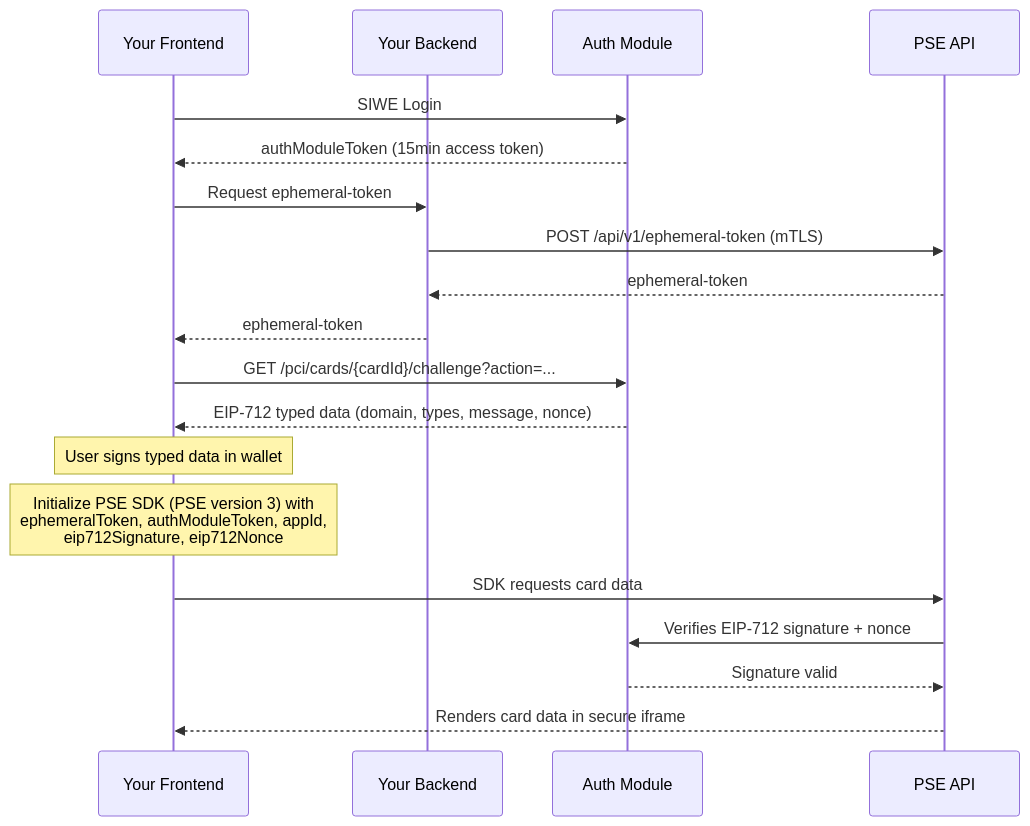
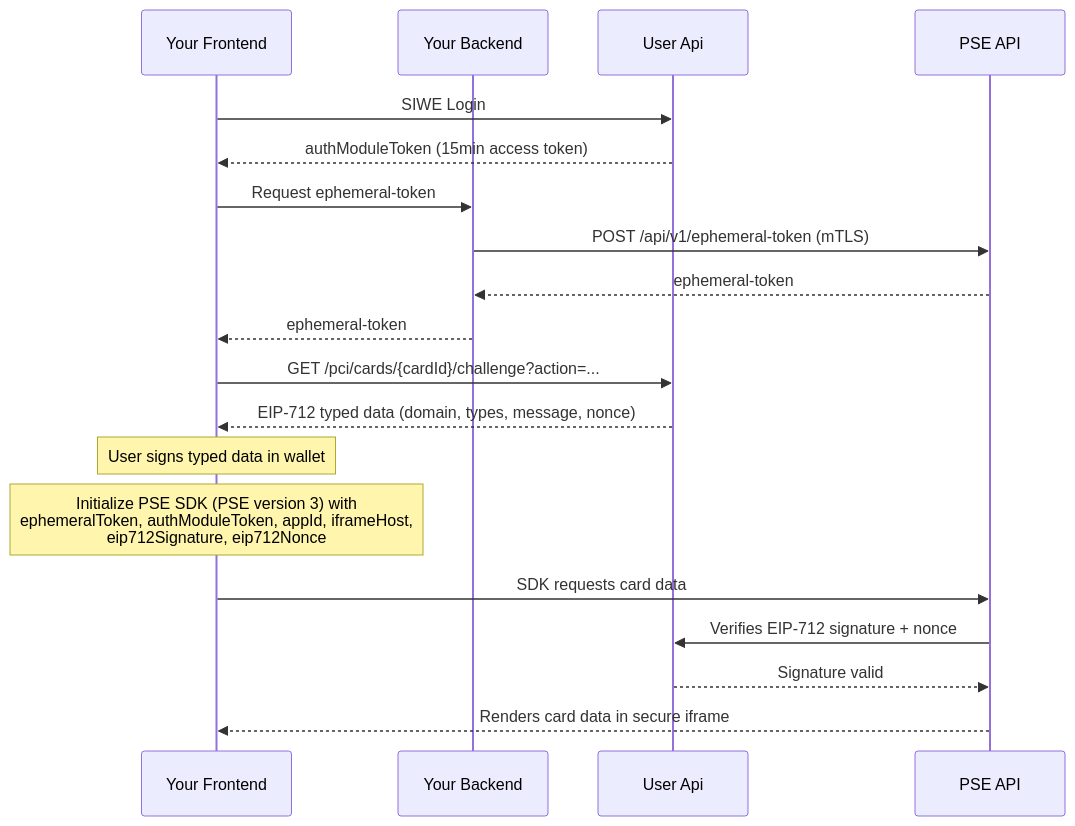
The diagram in guides/pse/pse.mdx (gnosispay/docs), drawn with Mermaid before and after one commit. The commit also changed other lines of this file and 1 other file, not shown here.

Commit message:
talk about pse sandbox

````diff
--- a/guides/pse/pse.mdx
+++ b/guides/pse/pse.mdx
@@ -33,26 +34,26 @@
 ```mermaid
     sequenceDiagram
         participant FE as Your Frontend
         participant BE as Your Backend
-        participant Auth as Auth Module
+        participant UA as User Api
         participant PSE as PSE API
 
-        FE->>Auth: SIWE Login
-        Auth-->>FE: authModuleToken (15min access token)
+        FE->>UA: SIWE Login
+        UA-->>FE: authModuleToken (15min access token)
 
         FE->>BE: Request ephemeral-token
         BE->>PSE: POST /api/v1/ephemeral-token (mTLS)
         PSE-->>BE: ephemeral-token
         BE-->>FE: ephemeral-token
 
-        FE->>Auth: GET /pci/cards/{cardId}/challenge?action=...
-        Auth-->>FE: EIP-712 typed data (domain, types, message, nonce)
+        FE->>UA: GET /pci/cards/{cardId}/challenge?action=...
+        UA-->>FE: EIP-712 typed data (domain, types, message, nonce)
         Note over FE: User signs typed data in wallet
 
-        Note over FE: Initialize PSE SDK (PSE version 3) with<br/>ephemeralToken, authModuleToken, appId,<br/>eip712Signature, eip712Nonce
+        Note over FE: Initialize PSE SDK (PSE version 3) with<br/>ephemeralToken, authModuleToken, appId, iframeHost,<br/>eip712Signature, eip712Nonce
 
         FE->>PSE: SDK requests card data
-        PSE->>Auth: Verifies EIP-712 signature + nonce
-        Auth-->>PSE: Signature valid
+        PSE->>UA: Verifies EIP-712 signature + nonce
+        UA-->>PSE: Signature valid
         PSE-->>FE: Renders card data in secure iframe
 ```
````
